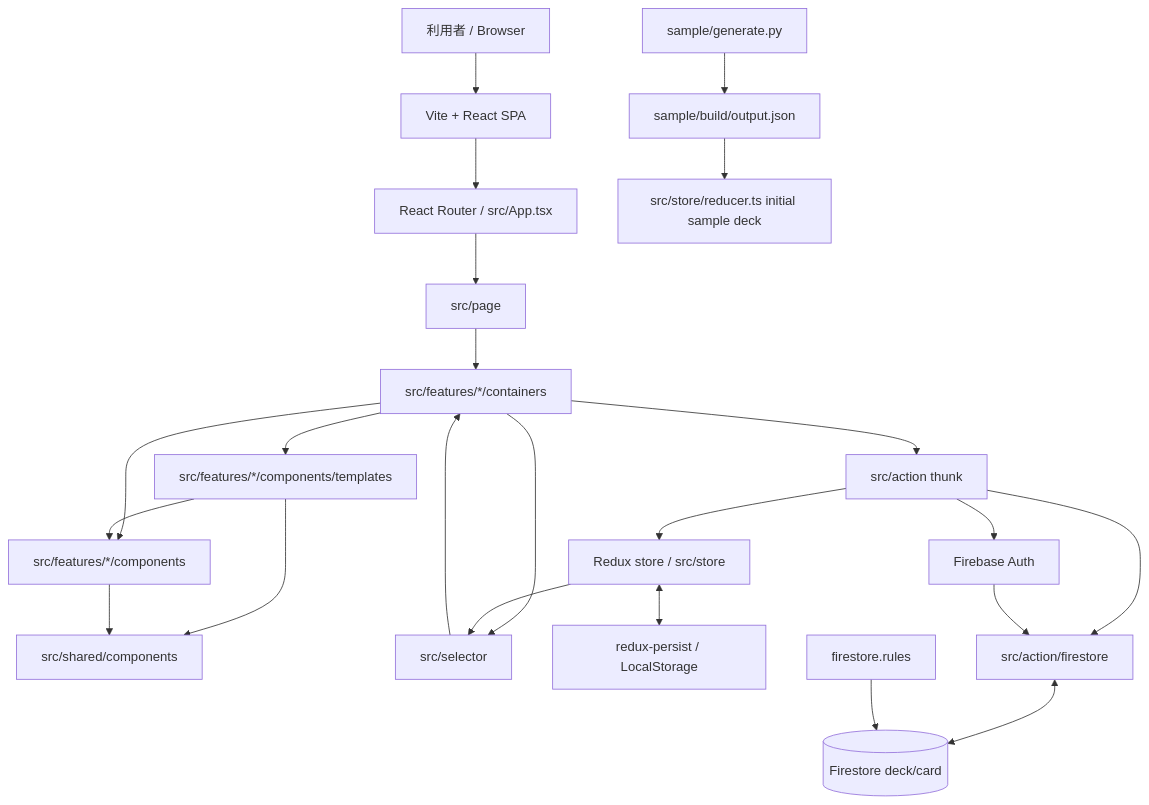
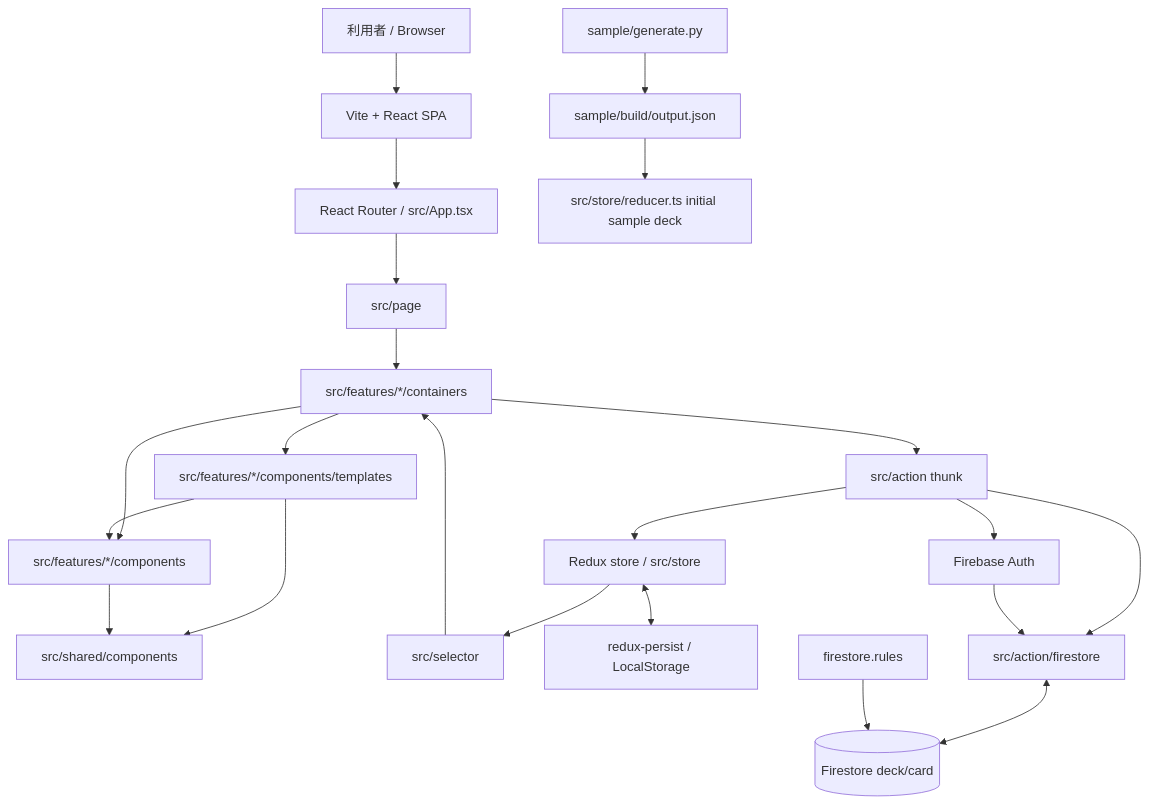
Before and after one commit to her0e1c1/tango: the first of 3 diagrams in docs/summary/architecture.md, drawn with Mermaid. The commit also changed 2 other files, not shown here.

Commit message:
test: enforce keyboard hook presentation boundary

````diff
--- a/docs/summary/architecture.md
+++ b/docs/summary/architecture.md
@@ -5,29 +5,28 @@
 ```mermaid
 flowchart TD
     User[利用者 / Browser] --> SPA[Vite + React SPA]
     SPA --> Router[React Router / src/App.tsx]
     Router --> Pages[src/page]
     Pages --> Containers[src/features/*/containers]
     Containers --> Templates[src/features/*/components/templates]
     Containers --> FeatureUI[src/features/*/components]
     Templates --> FeatureUI
     Templates --> SharedUI[src/shared/components]
     FeatureUI --> SharedUI
 
     Containers --> Actions[src/action thunk]
-    Containers --> Selectors[src/selector]
     Actions --> Store[Redux store / src/store]
     Store --> Selectors[src/selector]
     Selectors --> Containers
     Store <--> Persist[redux-persist / LocalStorage]
 
     Actions --> FirebaseAuth[Firebase Auth]
     Actions --> FirestoreGateway[src/action/firestore]
     FirestoreGateway <--> Firestore[(Firestore deck/card)]
     FirebaseAuth --> FirestoreGateway
 
     SamplePy[sample/generate.py] --> SampleJson[sample/build/output.json]
     SampleJson --> Reducer[src/store/reducer.ts initial sample deck]
 
     FirestoreRules[firestore.rules] --> Firestore
 ```
````
